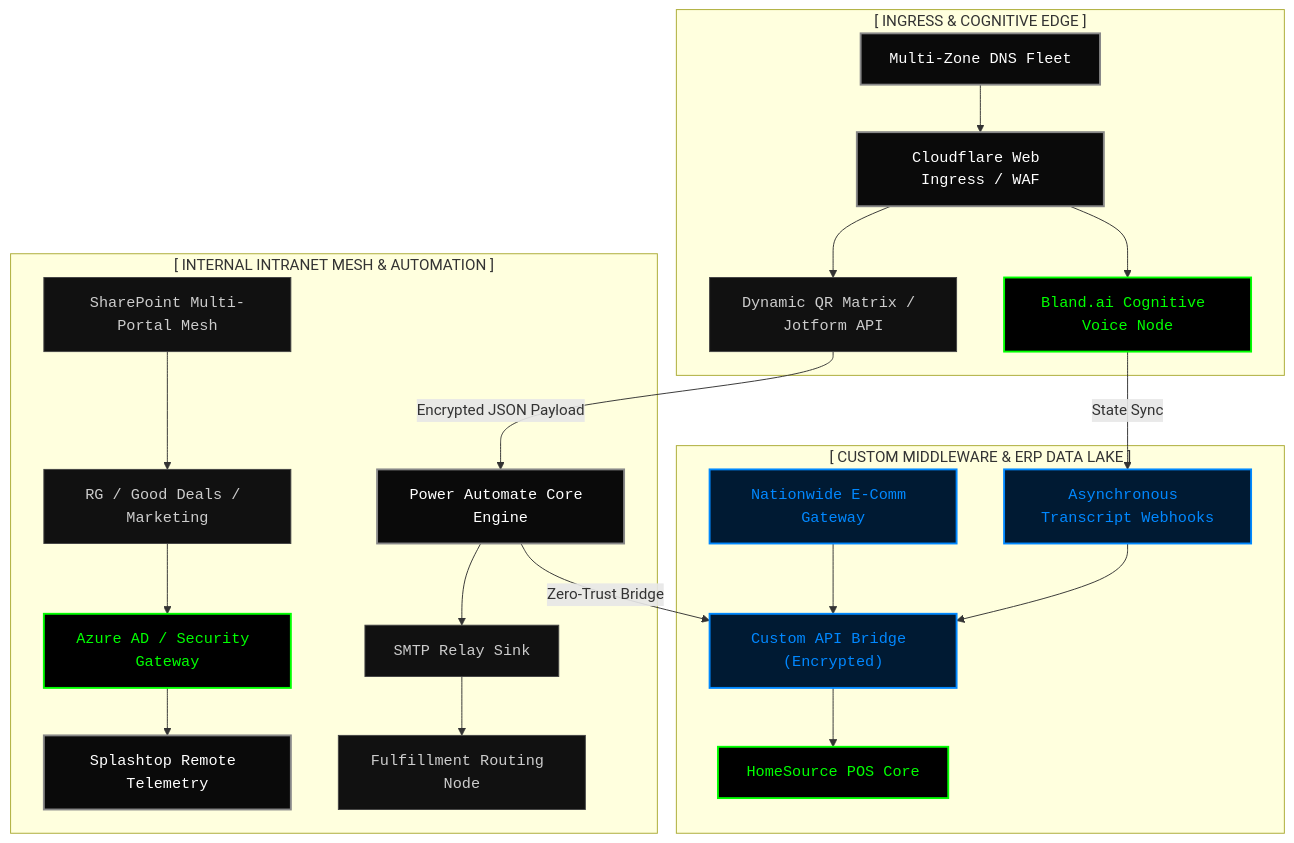
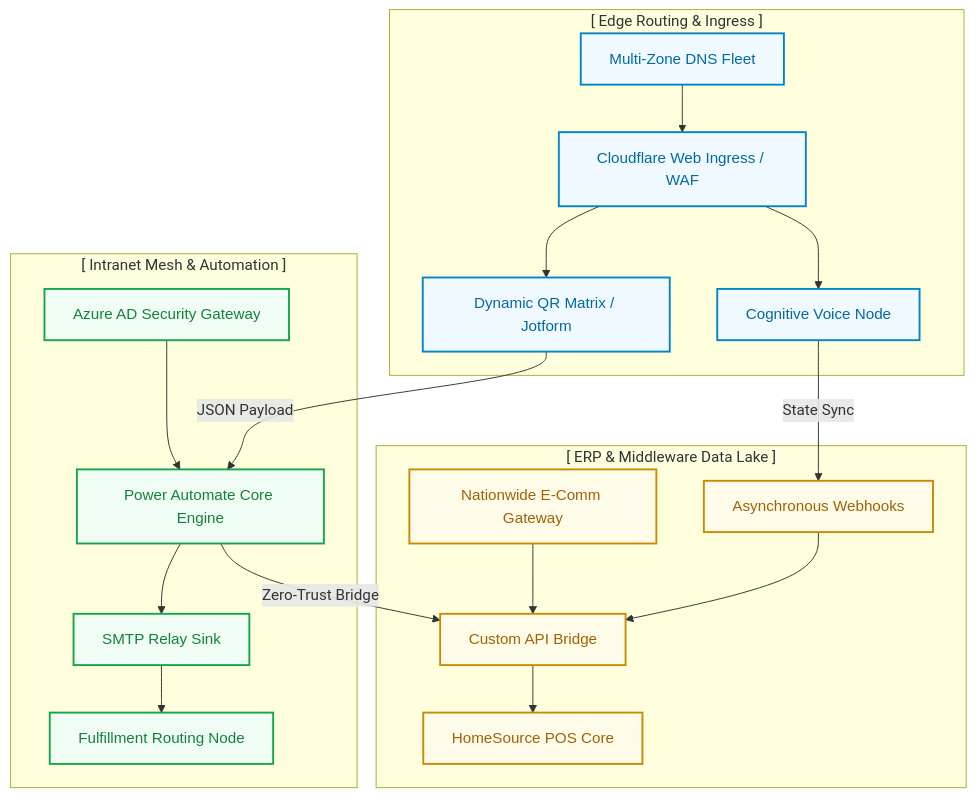
Before and after one commit to zjk-ny/RoyalGreenAppliance: the diagram in README.md, drawn with Mermaid. The commit also changed other lines of this file, not shown here.

````diff
--- a/README.md
+++ b/README.md
@@ -26,51 +19,46 @@
 ```mermaid
 graph TD
-    %% Styling Classes
-    classDef secret fill:#000,stroke:#00ff00,stroke-width:2px,color:#00ff00,font-family:monospace
-    classDef secure fill:#0a0a0a,stroke:#888,stroke-width:2px,color:#fff,font-family:monospace
-    classDef neutral fill:#111,stroke:#444,stroke-width:1px,color:#ccc,font-family:monospace
-    classDef data fill:#001a33,stroke:#0088ff,stroke-width:2px,color:#0088ff,font-family:monospace
+    %% Clean, Corporate Styling
+    classDef default fill:#ffffff,stroke:#d1d5db,stroke-width:1px,color:#111827,font-family:sans-serif;
+    classDef edge fill:#f0f9ff,stroke:#0284c7,stroke-width:2px,color:#0369a1,font-family:sans-serif;
+    classDef core fill:#f0fdf4,stroke:#16a34a,stroke-width:2px,color:#15803d,font-family:sans-serif;
+    classDef data fill:#fefce8,stroke:#ca8a04,stroke-width:2px,color:#a16207,font-family:sans-serif;
 
-    subgraph INGRESS_EDGE ["[ INGRESS & COGNITIVE EDGE ]"]
-        DNS["Multi-Zone DNS Fleet"]:::secure
-        WAF["Cloudflare Web Ingress / WAF"]:::secure
-        QR["Dynamic QR Matrix / Jotform API"]:::neutral
-        VOICE["Bland.ai Cognitive Voice Node"]:::secret
+    subgraph INGRESS ["[ Edge Routing & Ingress ]"]
+        DNS["Multi-Zone DNS Fleet"]:::edge
+        WAF["Cloudflare Web Ingress / WAF"]:::edge
+        QR["Dynamic QR Matrix / Jotform"]:::edge
+        VOICE["Cognitive Voice Node"]:::edge
         
         DNS --> WAF
         WAF --> QR
         WAF --> VOICE
     end
 
-    subgraph INTRANET_MESH ["[ INTERNAL INTRANET MESH & AUTOMATION ]"]
-        SP["SharePoint Multi-Portal Mesh"]:::neutral
-        MKT["RG / Good Deals / Marketing"]:::neutral
-        AAD["Azure AD / Security Gateway"]:::secret
-        SPLASH["Splashtop Remote Telemetry"]:::secure
-        PAM["Power Automate Core Engine"]:::secure
-        SMTP["SMTP Relay Sink"]:::neutral
-        FULFILL["Fulfillment Routing Node"]:::neutral
+    subgraph AUTOMATION ["[ Intranet Mesh & Automation ]"]
+        AAD["Azure AD Security Gateway"]:::core
+        PAM["Power Automate Core Engine"]:::core
+        SMTP["SMTP Relay Sink"]:::core
+        FULFILL["Fulfillment Routing Node"]:::core
 
-        SP --> MKT
-        MKT --> AAD
-        AAD --> SPLASH
+        AAD --> PAM
         PAM --> SMTP
         SMTP --> FULFILL
     end
 
-    subgraph ERP_LAKE ["[ CUSTOM MIDDLEWARE & ERP DATA LAKE ]"]
+    subgraph ERP ["[ ERP & Middleware Data Lake ]"]
         ECOMM["Nationwide E-Comm Gateway"]:::data
-        WEBHOOK["Asynchronous Transcript Webhooks"]:::data
-        API["Custom API Bridge (Encrypted)"]:::data
-        POS["HomeSource POS Core"]:::secret
+        WEBHOOK["Asynchronous Webhooks"]:::data
+        API["Custom API Bridge"]:::data
+        POS["HomeSource POS Core"]:::data
 
         ECOMM --> API
         WEBHOOK --> API
         API --> POS
     end
 
     %% Cross-Mesh Routing
-    QR -- "Encrypted JSON Payload" --> PAM
+    QR -- "JSON Payload" --> PAM
     VOICE -- "State Sync" --> WEBHOOK
     PAM -- "Zero-Trust Bridge" --> API
 ```
````
